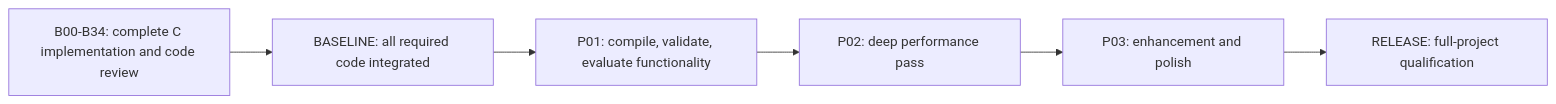
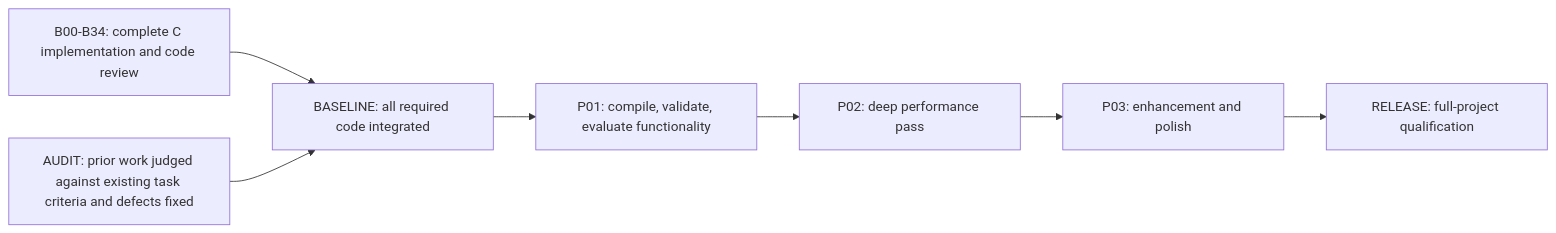
The diagram in docs/dependency-graph.md (mgd34msu/Quake-Anthology), drawn with Mermaid before and after one commit. The commit also changed other lines of this file and 9 other files, not shown here.

Commit message:
Require retrospective Jev audit against baseline task criteria

````diff
--- a/docs/dependency-graph.md
+++ b/docs/dependency-graph.md
@@ -5,8 +5,9 @@
 ```mermaid
 flowchart LR
     BUILD["B00-B34: complete C implementation and code review"] --> BASELINE["BASELINE: all required code integrated"]
+    AUDIT["AUDIT: prior work judged against existing task criteria and defects fixed"] --> BASELINE
     BASELINE --> P01["P01: compile, validate, evaluate functionality"]
     P01 --> P02["P02: deep performance pass"]
     P02 --> P03["P03: enhancement and polish"]
     P03 --> RELEASE["RELEASE: full-project qualification"]
 ```
````
